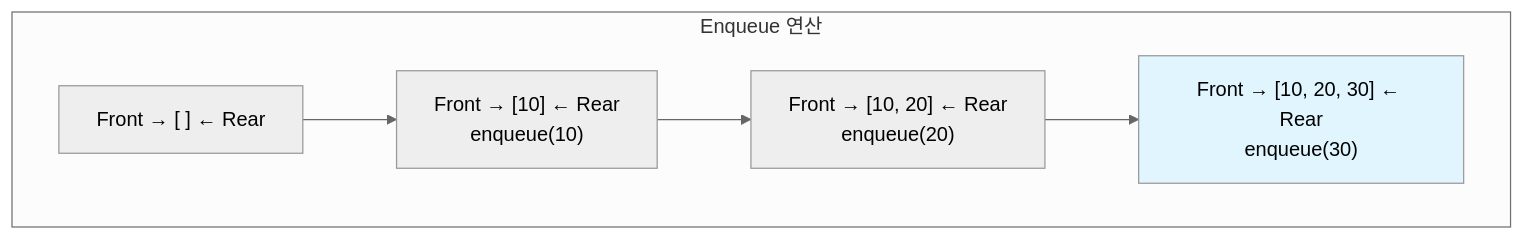
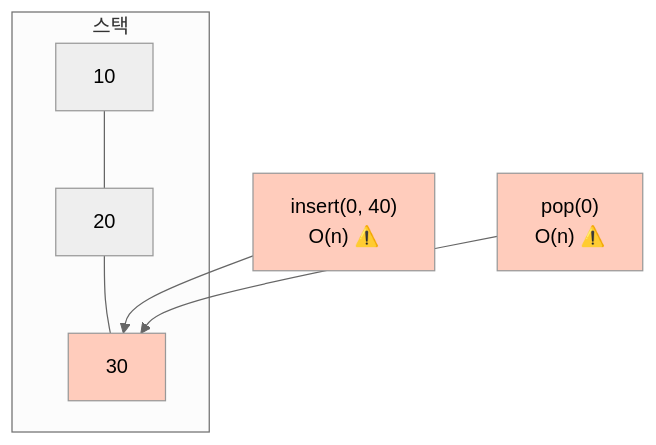
One commit to nugurejeil/weniVooks changed the third of 6 diagrams in _md/essentials-codingtest/chapter03/03-2.md. Above: the diagram before and after it, drawn with Mermaid (neutral theme). The commit also changed other lines of this file and 4 other files, not shown here.

````diff
--- a/_md/essentials-codingtest/chapter03/03-2.md
+++ b/_md/essentials-codingtest/chapter03/03-2.md
@@ -133,11 +132,18 @@
 ```mermaid
-graph LR
-    subgraph "Enqueue 연산"
-    direction LR
-    A1["Front → [ ] ← Rear"] --> A2["Front → [10] ← Rear<br/>enqueue(10)"]
-    A2 --> A3["Front → [10, 20] ← Rear<br/>enqueue(20)"]
-    A3 --> A4["Front → [10, 20, 30] ← Rear<br/>enqueue(30)"]
+graph TD
+    subgraph "스택"
+        A["10"]
+        B["20"]
+        C["30"]
+
+        A --- B
+        B --- C
     end
 
-    style A4 fill:#e1f5ff
+    D["insert(0, 40)<br/>O(n) ⚠️"] --> C
+    E["pop(0)<br/>O(n) ⚠️"] --> C
+
+    style C fill:#ffccbc
+    style D fill:#ffccbc
+    style E fill:#ffccbc
 ```
````
